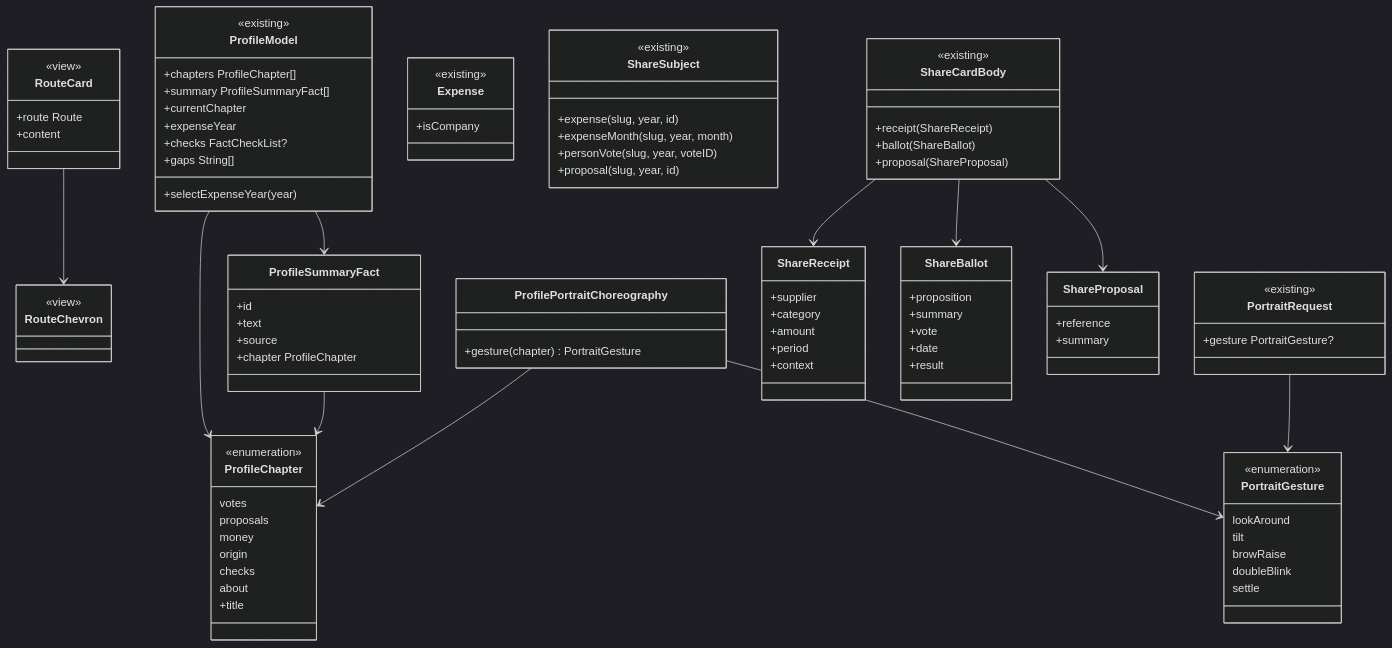
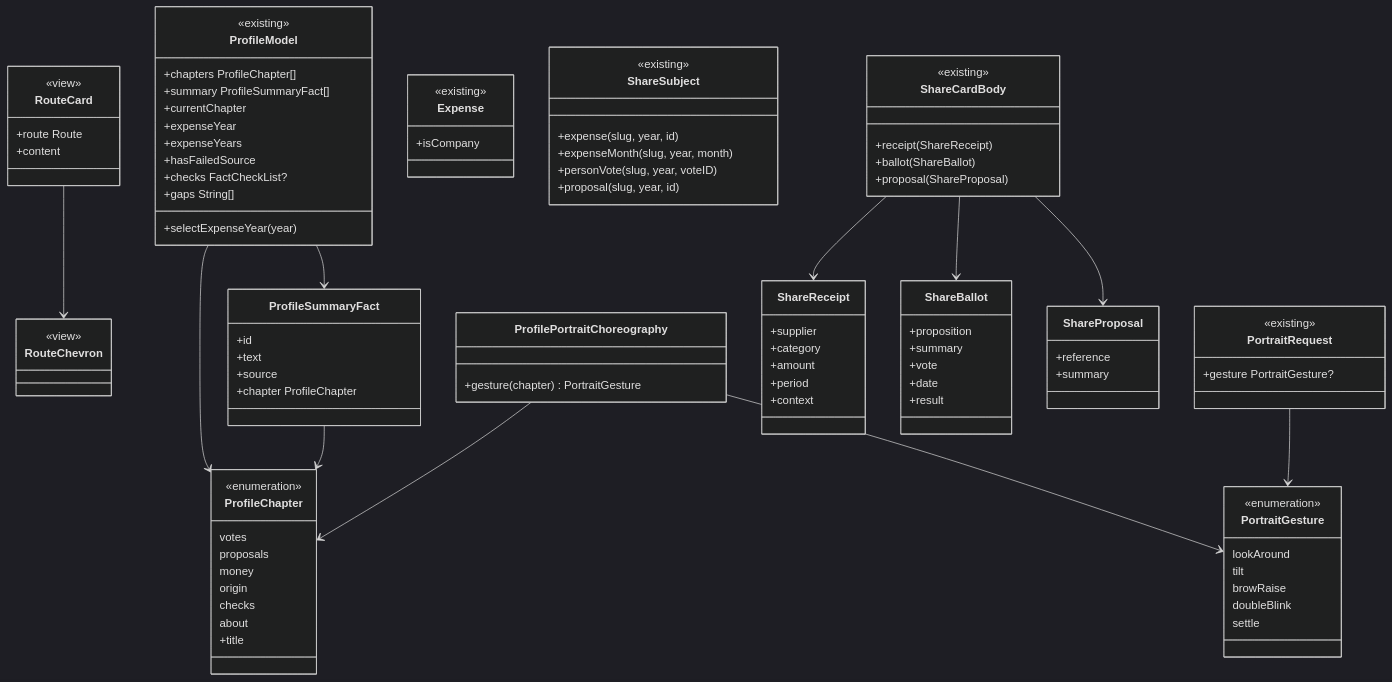
The diagram in spdd/prompt/FSC-014-202611020300-[Feat]-politician-page-and-share-an-item.md (byescaleira/fiscal), drawn with Mermaid (dark theme) before and after one commit. The commit also changed other lines of this file and 29 other files, not shown here.

```diff
--- a/spdd/prompt/FSC-014-202611020300-[Feat]-politician-page-and-share-an-item.md
+++ b/spdd/prompt/FSC-014-202611020300-[Feat]-politician-page-and-share-an-item.md
@@ -96,6 +96,8 @@
         +summary ProfileSummaryFact[]
         +currentChapter
         +expenseYear
+        +expenseYears
+        +hasFailedSource
         +checks FactCheckList?
         +gaps String[]
         +selectExpenseYear(year)
```
